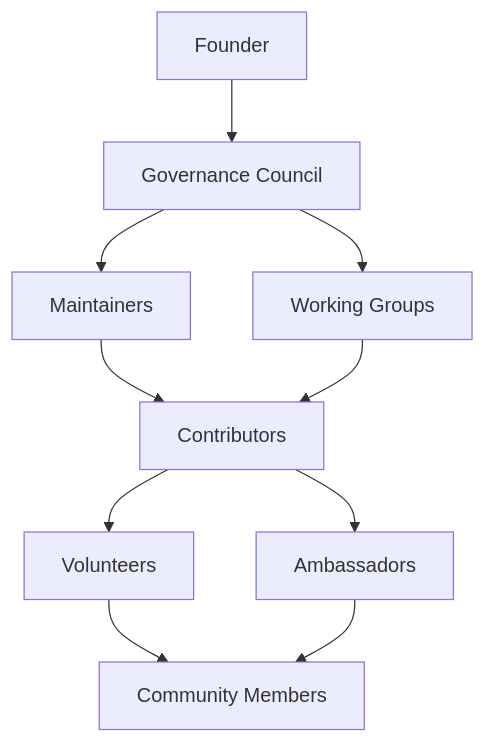
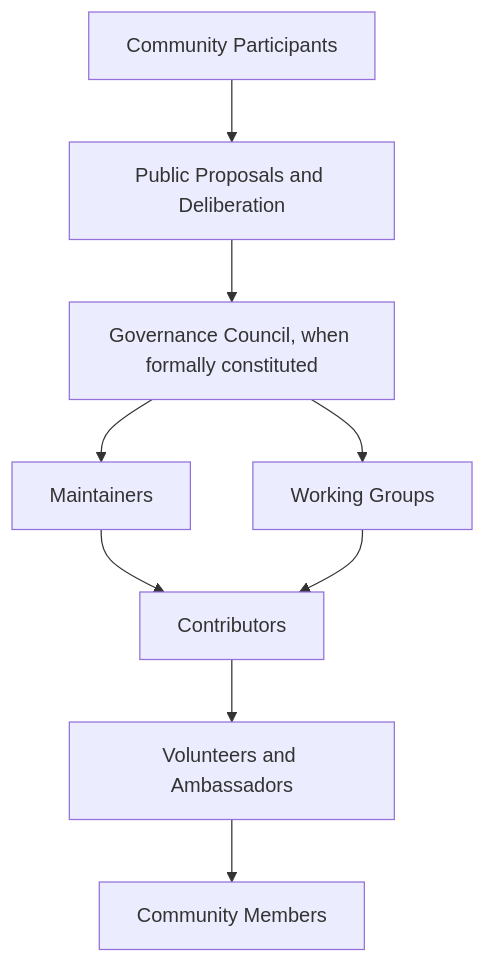
The first of 6 diagrams in GOVERNANCE.md (Celo-HaiTi/CeloHT), drawn with Mermaid before and after one commit. The commit also changed other lines of this file and 13 other files, not shown here.

Commit message:
docs: synchronize founder and community governance

````diff
--- a/GOVERNANCE.md
+++ b/GOVERNANCE.md
@@ -116,12 +116,11 @@
 ```mermaid
 graph TD
-    A[Founder] --> B[Governance Council]
-    B --> C[Maintainers]
-    B --> D[Working Groups]
-    C --> E[Contributors]
-    D --> E
-    E --> F[Volunteers]
-    E --> G[Ambassadors]
-    F --> H[Community Members]
-    G --> H
+    A[Community Participants] --> B[Public Proposals and Deliberation]
+    B --> C[Governance Council, when formally constituted]
+    C --> D[Maintainers]
+    C --> E[Working Groups]
+    D --> F[Contributors]
+    E --> F
+    F --> G[Volunteers and Ambassadors]
+    G --> H[Community Members]
 ```
````
